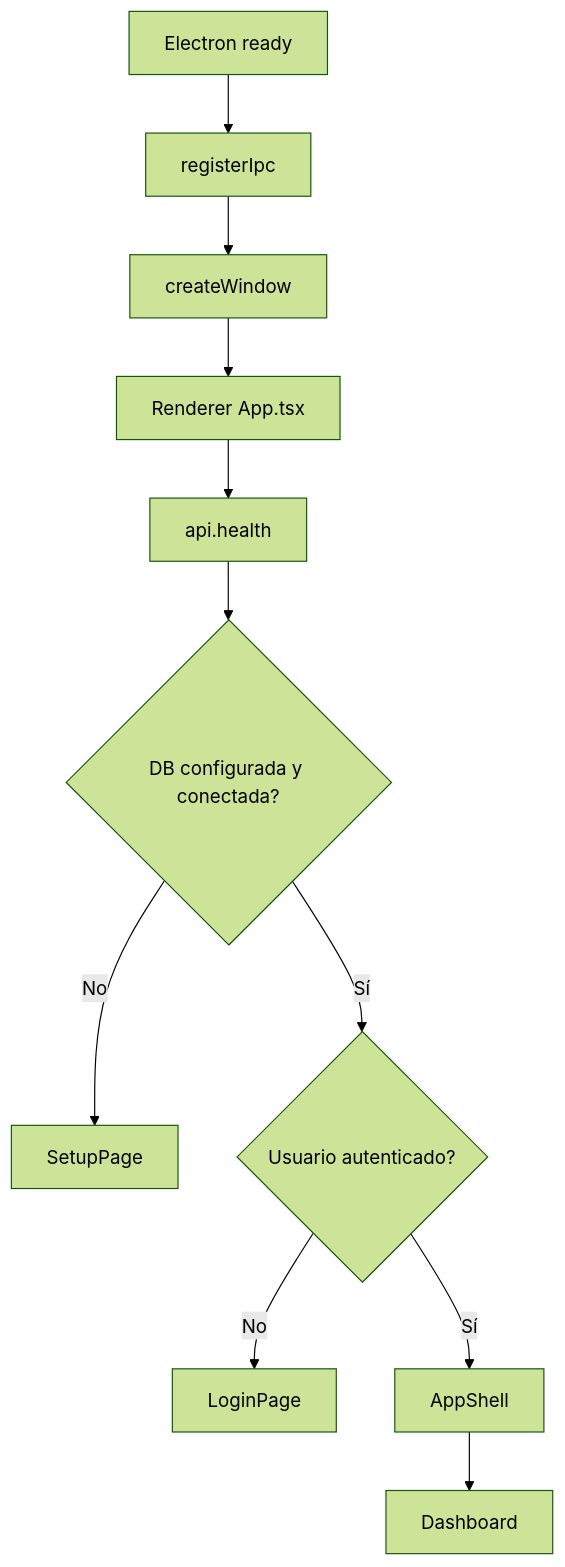
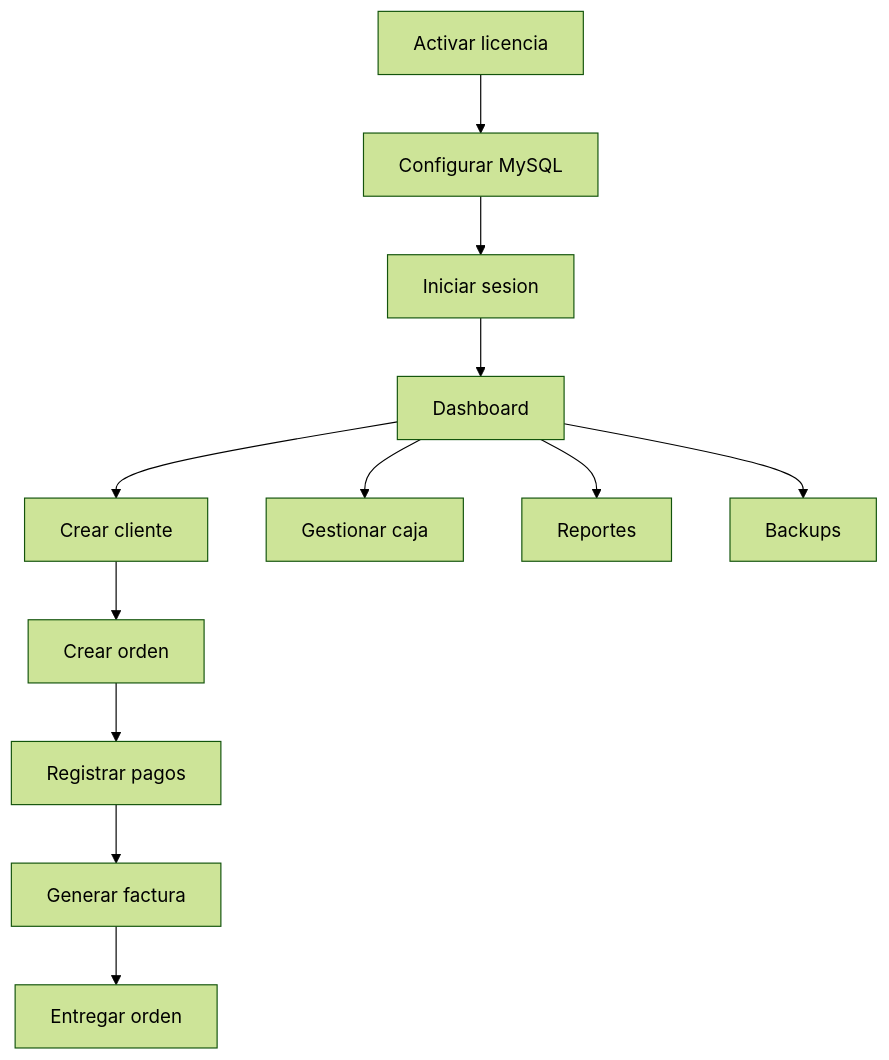
The third of 5 diagrams in DOCUMENTACION_APP.md (Williamddg/Lavanderia3), drawn with Mermaid (forest theme) before and after one commit. The commit also changed other lines of this file and 1 other file, not shown here.

````diff
--- a/DOCUMENTACION_APP.md
+++ b/DOCUMENTACION_APP.md
@@ -80,13 +164,14 @@
 ```mermaid
 flowchart TD
-    A[Electron ready] --> B[registerIpc]
-    B --> C[createWindow]
-    C --> D[Renderer App.tsx]
-    D --> E[api.health]
-    E --> F{DB configurada y conectada?}
-    F -- No --> G[SetupPage]
-    F -- Sí --> H{Usuario autenticado?}
-    H -- No --> I[LoginPage]
-    H -- Sí --> J[AppShell]
-    J --> K[Dashboard]
+    A[Activar licencia] --> B[Configurar MySQL]
+    B --> C[Iniciar sesion]
+    C --> D[Dashboard]
+    D --> E[Crear cliente]
+    E --> F[Crear orden]
+    F --> G[Registrar pagos]
+    G --> H[Generar factura]
+    H --> I[Entregar orden]
+    D --> J[Gestionar caja]
+    D --> K[Reportes]
+    D --> L[Backups]
 ```
````
